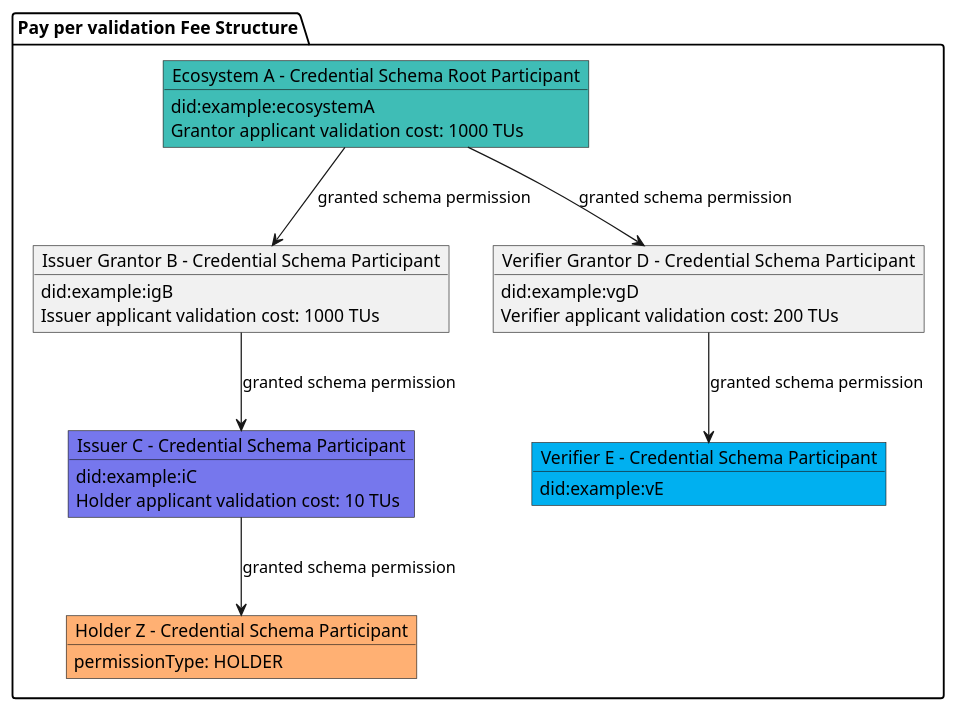
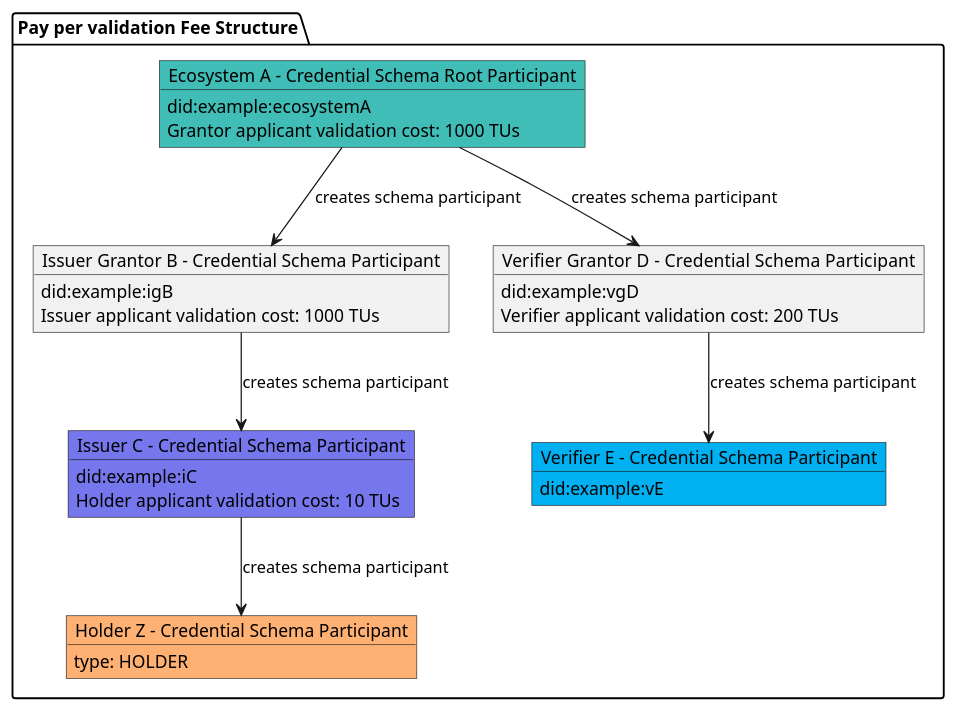
One commit to verana-labs/verifiable-trust-vpr-spec changed the fourth of 21 diagrams in spec.md. Above: the diagram before and after it, drawn with PlantUML. The commit also changed other lines of this file, not shown here.

First line of the commit message:
docs(spec): rephrase Features section for v4 Permission->Participant rename; add Corporation overview

````diff
--- a/spec.md
+++ b/spec.md
@@ -444,41 +444,41 @@
 ```plantuml
 
 @startuml
 scale max 800 width
  
 package "Pay per validation Fee Structure" as cs {
 
     object "Ecosystem A - Credential Schema Root Participant" as tr #3fbdb6 {
         did:example:ecosystemA
         Grantor applicant validation cost: 1000 TUs
     }
     object "Issuer Grantor B - Credential Schema Participant" as ig {
         did:example:igB
         Issuer applicant validation cost: 1000 TUs
     }
     object "Issuer C - Credential Schema Participant" as issuer #7677ed  {
         did:example:iC
         Holder applicant validation cost: 10 TUs
     }
     object "Verifier Grantor D -  Credential Schema Participant" as vg {
         did:example:vgD
         Verifier applicant validation cost: 200 TUs
     }
     object "Verifier E - Credential Schema Participant" as verifier #00b0f0 {
         did:example:vE
     }
 
     object "Holder Z - Credential Schema Participant" as holder #FFB073 {
-        permissionType: HOLDER
+        type: HOLDER
     }
 }
 
-tr --> ig : granted schema permission
-ig --> issuer : granted schema permission
-issuer --> holder: granted schema permission
-tr --> vg : granted schema permission
-vg --> verifier : granted schema permission
+tr --> ig : creates schema participant
+ig --> issuer : creates schema participant
+issuer --> holder: creates schema participant
+tr --> vg : creates schema participant
+vg --> verifier : creates schema participant
 
 @enduml
 
 ```
````
